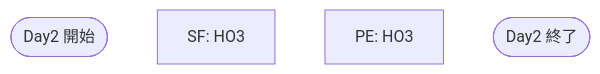
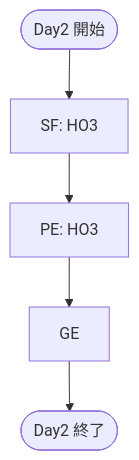
Before and after one commit to KarasuTatehi/last-resort-disturbance: the third of 3 diagrams in specs/routing.md, drawn with Mermaid. The commit also changed other lines of this file, not shown here.

Commit message:
specs/routing.md updated from https://stackedit.io/

````diff
--- a/specs/routing.md
+++ b/specs/routing.md
@@ -69,7 +69,14 @@
 ```mermaid
 flowchart TD
 D3S([Day2 開始])
 D3-SF-HO3["SF: HO3"]
 D3-PE-HO3["PE: HO3"]
+D3-GE["GE"]
 D3E([Day2 終了])
+
+D3S -->
+D3-SF-HO3 -->
+D3-PE-HO3 -->
+D3-GE -->
+D3E
 ```
````
